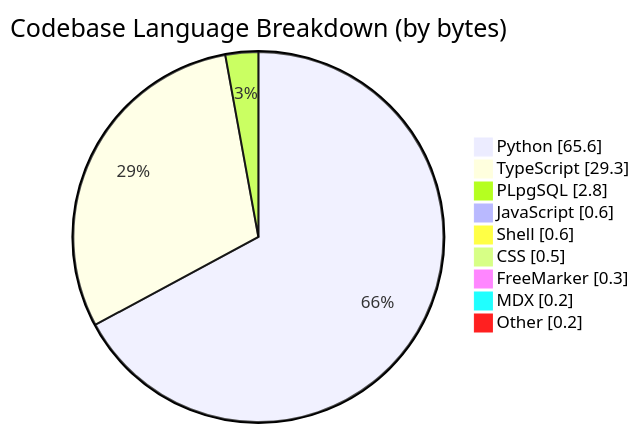
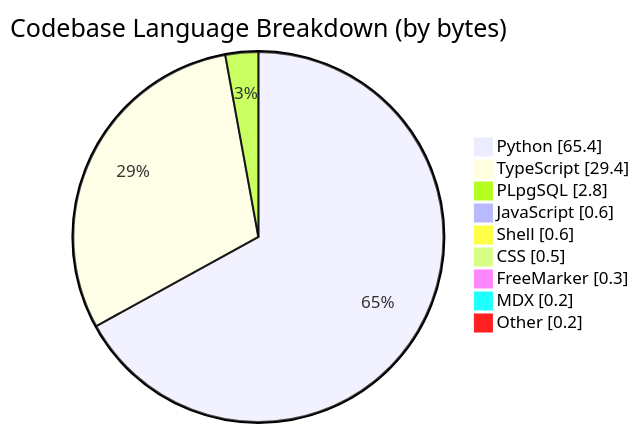
The third of 4 diagrams in profile/README.md (CSTH-Projects/.github), drawn with Mermaid before and after one commit. The commit also changed other lines of this file, not shown here.

````diff
--- a/profile/README.md
+++ b/profile/README.md
@@ -63,13 +63,13 @@
 ```mermaid
 pie showData
     title Codebase Language Breakdown (by bytes)
-    "Python" : 65.6
-    "TypeScript" : 29.3
+    "Python" : 65.4
+    "TypeScript" : 29.4
     "PLpgSQL" : 2.8
     "JavaScript" : 0.6
     "Shell" : 0.6
     "CSS" : 0.5
     "FreeMarker" : 0.3
     "MDX" : 0.2
     "Other" : 0.2
 ```
````
